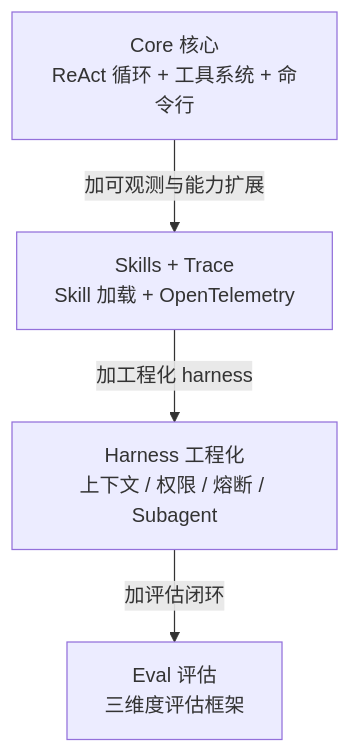
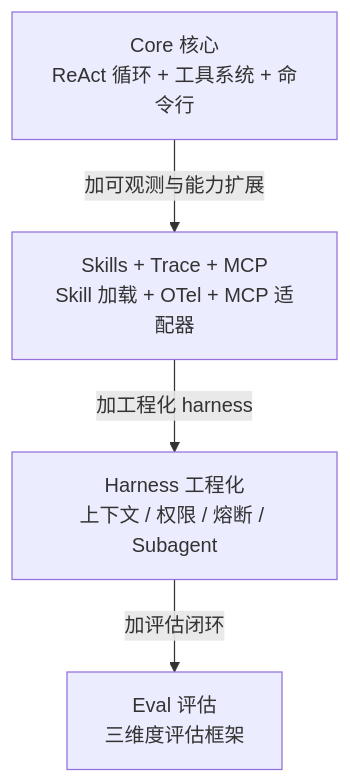
The fifth of 6 diagrams in docs/DESIGN.md (eastonsuo/nanoagent), drawn with Mermaid before and after one commit. The commit also changed other lines of this file, not shown here.

First line of the commit message:
docs(design): MCP 前移 v0.2 + 风险4/5 扩写 + 定名 nanoagent

````diff
--- a/docs/DESIGN.md
+++ b/docs/DESIGN.md
@@ -758,11 +759,11 @@
 ```mermaid
 flowchart TD
     roadmap_core["Core 核心<br/>ReAct 循环 + 工具系统 + 命令行"]
-    roadmap_skills["Skills + Trace<br/>Skill 加载 + OpenTelemetry"]
+    roadmap_skills["Skills + Trace + MCP<br/>Skill 加载 + OTel + MCP 适配器"]
     roadmap_harness["Harness 工程化<br/>上下文 / 权限 / 熔断 / Subagent"]
     roadmap_eval["Eval 评估<br/>三维度评估框架"]
 
     roadmap_core -->|"加可观测与能力扩展"| roadmap_skills
     roadmap_skills -->|"加工程化 harness"| roadmap_harness
     roadmap_harness -->|"加评估闭环"| roadmap_eval
 ```
````
